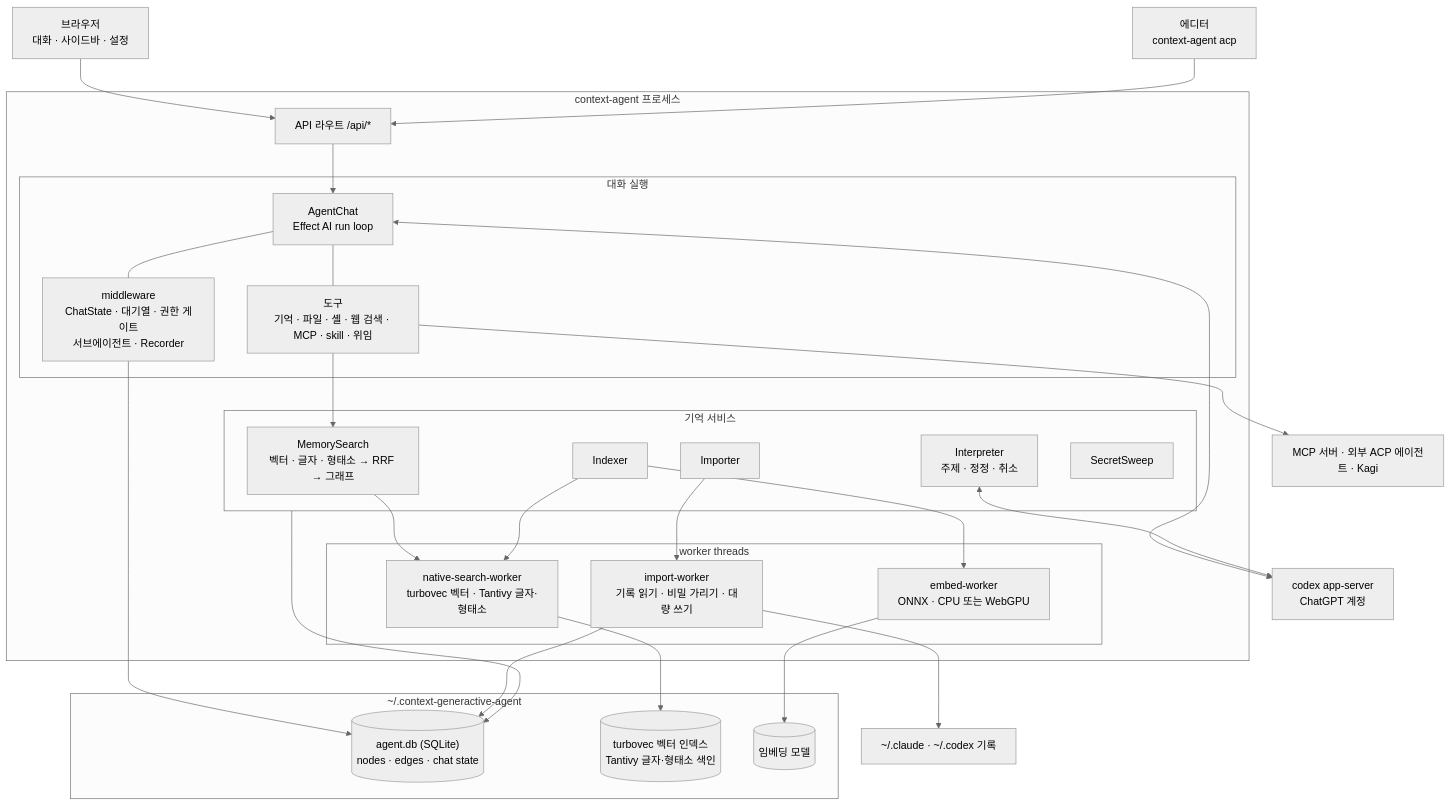
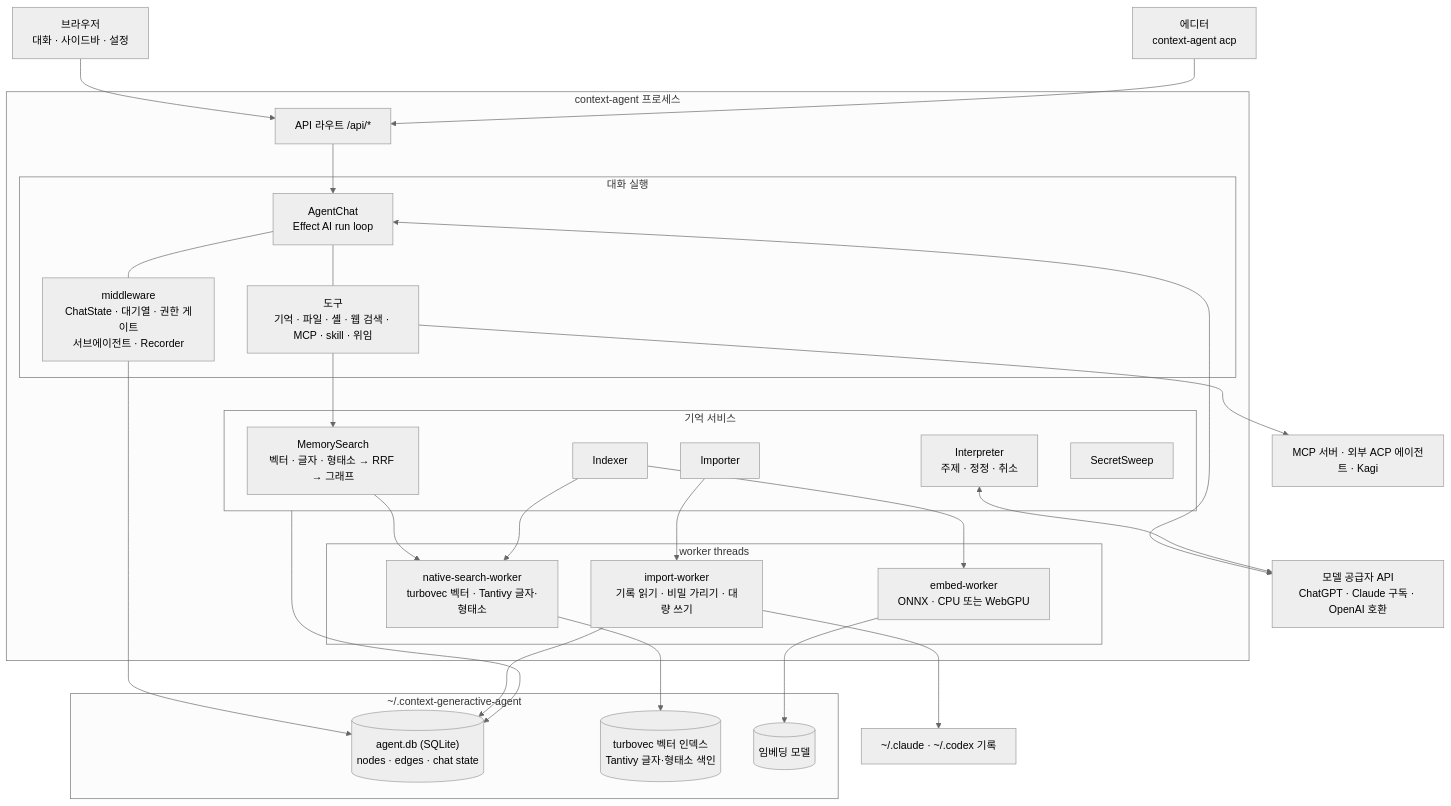
The first of 3 diagrams in README.md (CreeJee/context-generactive-ai-agent), drawn with Mermaid (neutral theme) before and after one commit. The commit also changed other lines of this file and 1 other file, not shown here.

First line of the commit message:
docs: README와 빌드 안내에서 제거된 codex 런타임 설명을 지운다

````diff
--- a/README.md
+++ b/README.md
@@ -57,57 +57,57 @@
 ```mermaid
 flowchart TB
   Web["브라우저<br/>대화 · 사이드바 · 설정"] --> Routes
   Editor["에디터<br/>context-agent acp"] --> Routes
 
   subgraph App["context-agent 프로세스"]
     Routes["API 라우트 /api/*"] --> Chat
 
     subgraph Run["대화 실행"]
       Chat["AgentChat<br/>Effect AI run loop"]
       MW["middleware<br/>ChatState · 대기열 · 권한 게이트<br/>서브에이전트 · Recorder"]
       Tools["도구<br/>기억 · 파일 · 셸 · 웹 검색 · MCP · skill · 위임"]
       Chat --- MW
       Chat --- Tools
     end
 
     subgraph Memory["기억 서비스"]
       Search["MemorySearch<br/>벡터 · 글자 · 형태소 → RRF → 그래프"]
       Indexer["Indexer"]
       Interp["Interpreter<br/>주제 · 정정 · 취소"]
       Importer["Importer"]
       Sweep["SecretSweep"]
     end
 
     subgraph Workers["worker threads"]
       Embed["embed-worker<br/>ONNX · CPU 또는 WebGPU"]
       Native["native-search-worker<br/>turbovec 벡터 · Tantivy 글자·형태소"]
       ImportW["import-worker<br/>기록 읽기 · 비밀 가리기 · 대량 쓰기"]
     end
 
     Tools --> Search
     Search --> Native
     Indexer --> Embed
     Indexer --> Native
     Importer --> ImportW
   end
 
-  Codex["codex app-server<br/>ChatGPT 계정"]
+  Providers["모델 공급자 API<br/>ChatGPT · Claude 구독 · OpenAI 호환"]
   External["MCP 서버 · 외부 ACP 에이전트 · Kagi"]
   Transcripts["~/.claude · ~/.codex 기록"]
 
   subgraph Storage["~/.context-generactive-agent"]
     DB[("agent.db (SQLite)<br/>nodes · edges · chat state")]
     Vec[("turbovec 벡터 인덱스<br/>Tantivy 글자·형태소 색인")]
     Models[("임베딩 모델")]
   end
 
-  Chat <--> Codex
-  Interp <--> Codex
+  Chat <--> Providers
+  Interp <--> Providers
   Tools --> External
   ImportW --> Transcripts
   MW --> DB
   Memory --> DB
   Native --> Vec
   ImportW --> DB
   Embed --> Models
 ```
````
